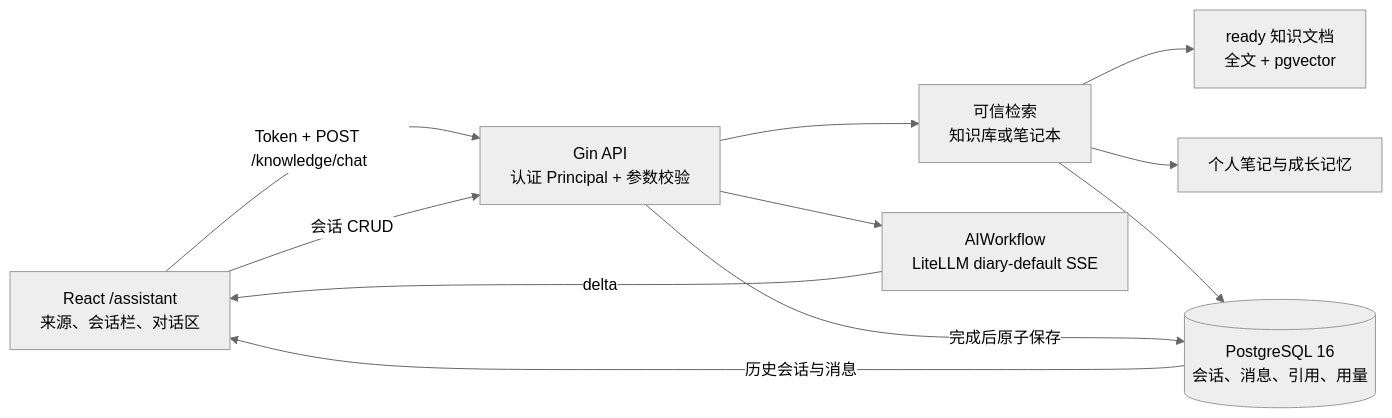
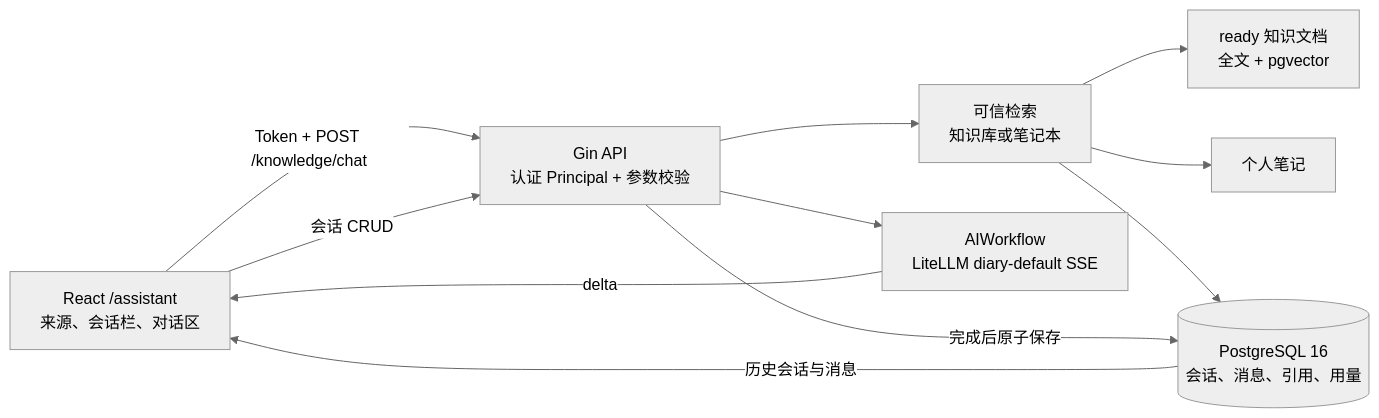
Before and after one commit to Diving-Di/Cortex: the diagram in docs/page/ASSISTANT_PAGE_ARCHITECTURE.md, drawn with Mermaid (neutral theme). The commit also changed 16 other files, not shown here.

````diff
--- a/docs/page/ASSISTANT_PAGE_ARCHITECTURE.md
+++ b/docs/page/ASSISTANT_PAGE_ARCHITECTURE.md
@@ -24,21 +24,21 @@
 ```mermaid
 flowchart LR
     UI["React /assistant<br/>来源、会话栏、对话区"]
     API["Gin API<br/>认证 Principal + 参数校验"]
     RETRIEVER["可信检索<br/>知识库或笔记本"]
     DB[("PostgreSQL 16<br/>会话、消息、引用、用量")]
     AI["AIWorkflow<br/>LiteLLM diary-default SSE"]
     KB["ready 知识文档<br/>全文 + pgvector"]
-    NOTES["个人笔记与成长记忆"]
+    NOTES["个人笔记"]
 
     UI -->|"Token + POST /knowledge/chat"| API
     UI -->|"会话 CRUD"| API
     API --> RETRIEVER
     RETRIEVER --> KB
     RETRIEVER --> NOTES
     RETRIEVER --> DB
     API --> AI
     AI -->|"delta"| UI
     API -->|"完成后原子保存"| DB
     DB -->|"历史会话与消息"| UI
 ```
````
